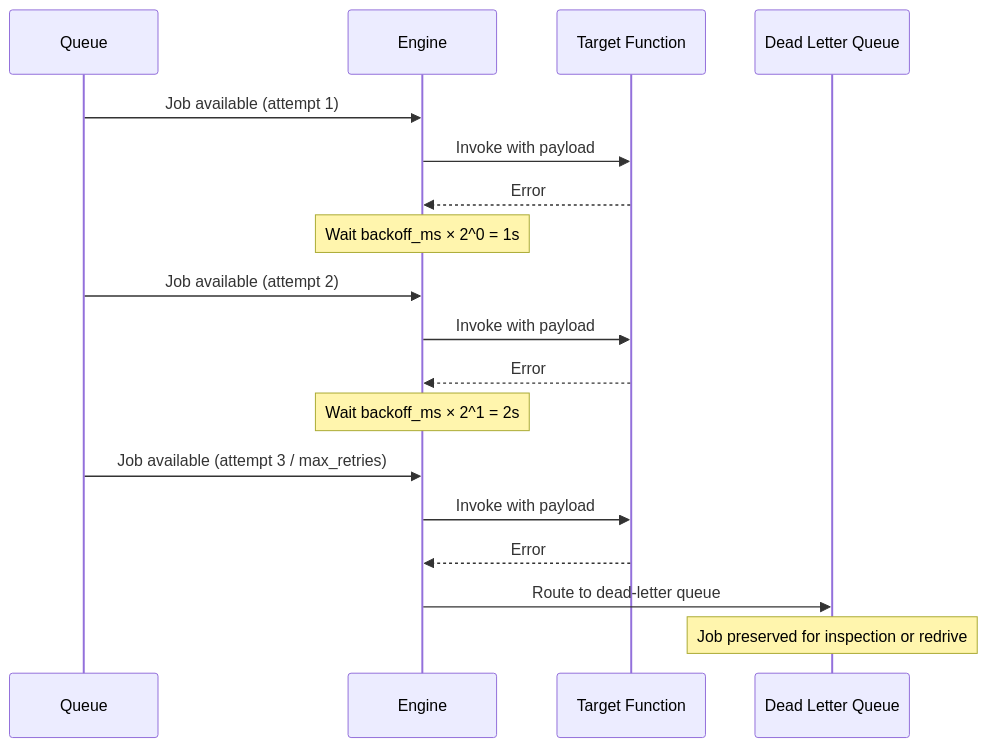
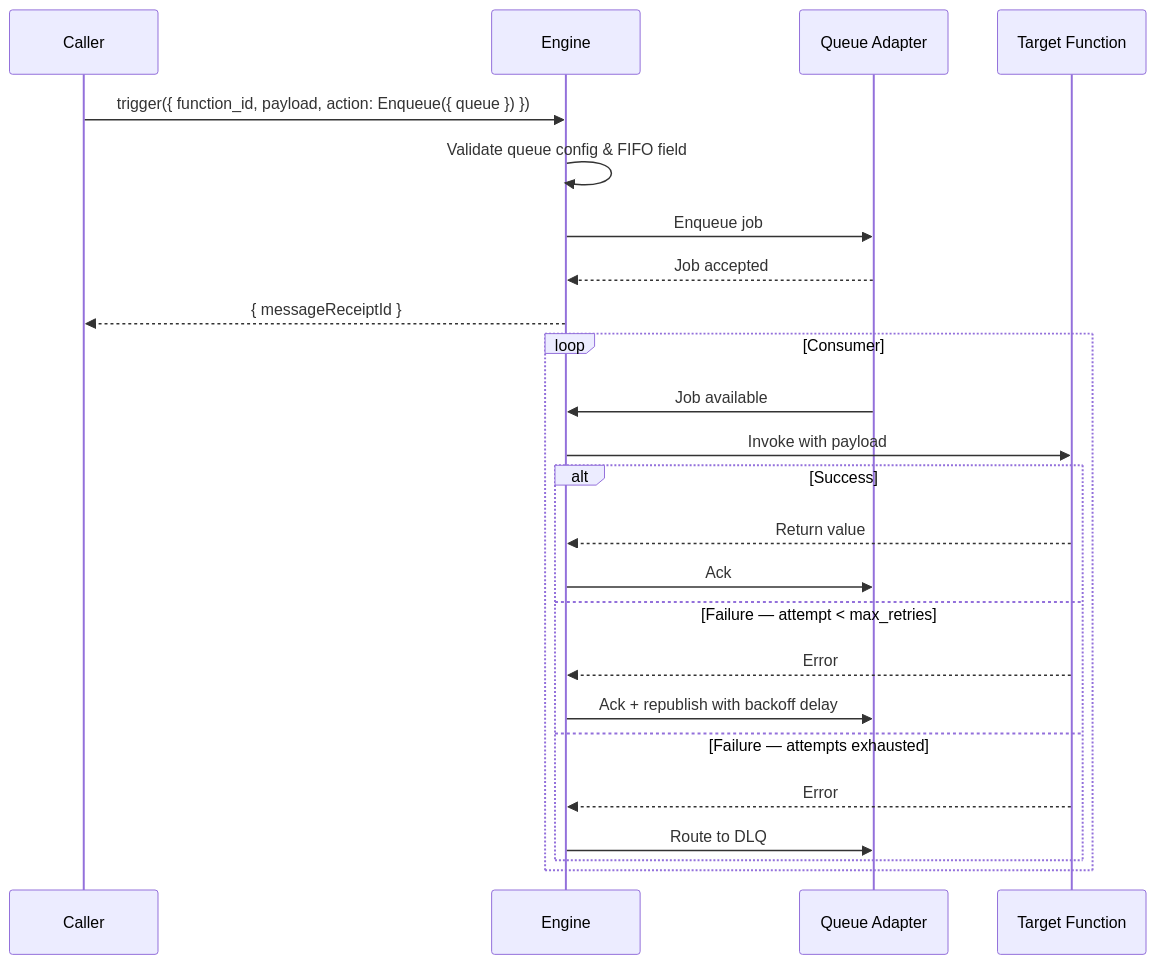
The diagram in docs/modules/module-queue.mdx (iii-hq/iii), drawn with Mermaid before and after one commit. The commit also changed other lines of this file and 53 other files, not shown here.

First line of the commit message:
feat: rename enqueue to durable::publish and queue trigger type to durable:subscriber

````diff
--- a/docs/modules/module-queue.mdx
+++ b/docs/modules/module-queue.mdx
@@ -349,26 +251,28 @@
 ```mermaid
 sequenceDiagram
-    participant Q as Queue
+    participant C as Caller
     participant E as Engine
+    participant Q as Queue Adapter
     participant F as Target Function
-    participant DLQ as Dead Letter Queue
 
-    Q->>E: Job available (attempt 1)
-    E->>F: Invoke with payload
-    F-->>E: Error
+    C->>E: trigger({ function_id, payload, action: Enqueue({ queue }) })
+    E->>E: Validate queue config & FIFO field
+    E->>Q: Enqueue job
+    Q-->>E: Job accepted
+    E-->>C: { messageReceiptId }
 
-    Note over E: Wait backoff_ms × 2^0 = 1s
-
-    Q->>E: Job available (attempt 2)
-    E->>F: Invoke with payload
-    F-->>E: Error
-
-    Note over E: Wait backoff_ms × 2^1 = 2s
-
-    Q->>E: Job available (attempt 3 / max_retries)
-    E->>F: Invoke with payload
-    F-->>E: Error
-
-    E->>DLQ: Route to dead-letter queue
-    Note over DLQ: Job preserved for inspection or redrive
+    loop Consumer
+        Q->>E: Job available
+        E->>F: Invoke with payload
+        alt Success
+            F-->>E: Return value
+            E->>Q: Ack
+        else Failure — attempt < max_retries
+            F-->>E: Error
+            E->>Q: Ack + republish with backoff delay
+        else Failure — attempts exhausted
+            F-->>E: Error
+            E->>Q: Route to DLQ
+        end
+    end
 ```
````
